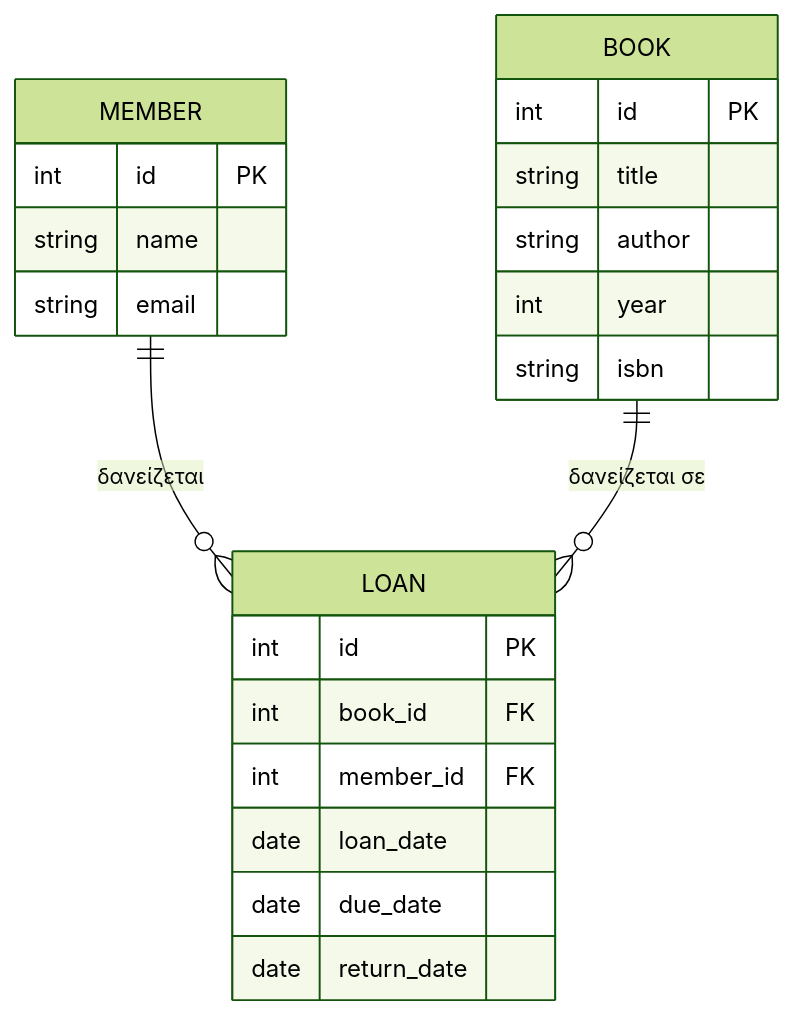
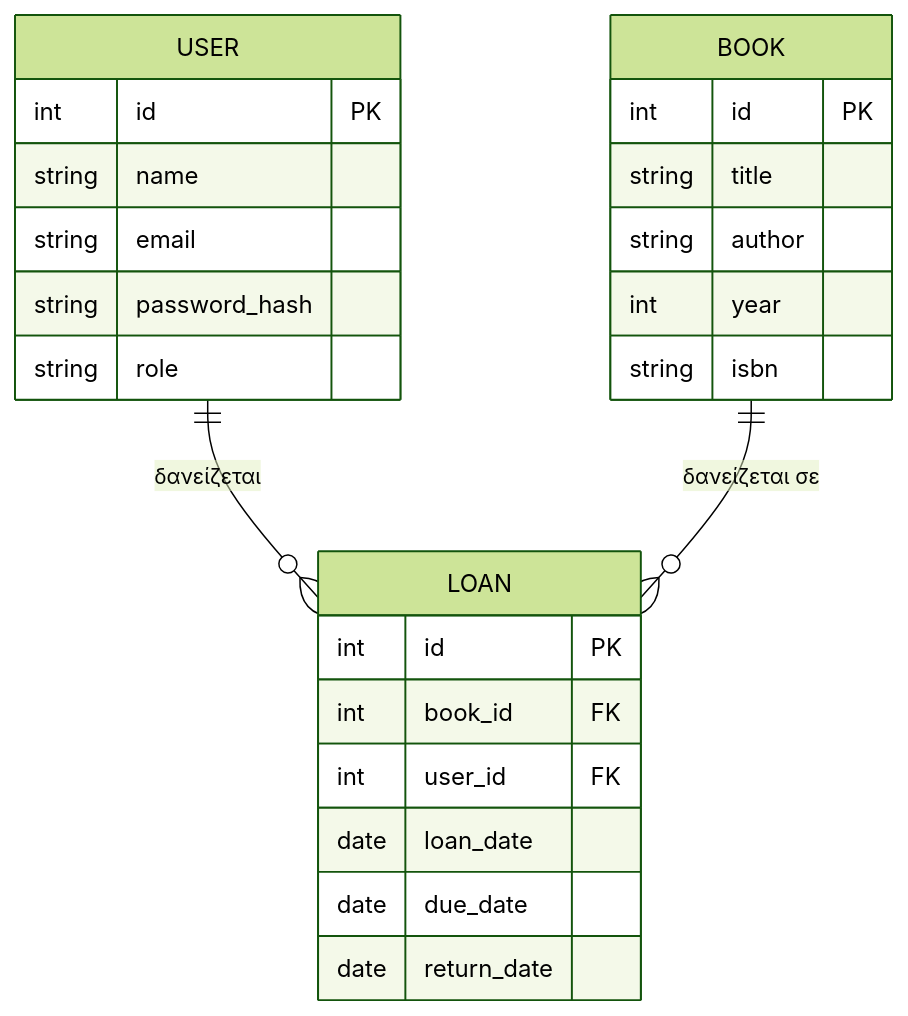
Before and after one commit to cstergio/library-app: the first of 2 diagrams in DESIGN.md, drawn with Mermaid (forest theme). The commit also changed other lines of this file and 20 other files, not shown here.

````diff
--- a/DESIGN.md
+++ b/DESIGN.md
@@ -35,25 +42,27 @@
 ```mermaid
 erDiagram
-    MEMBER ||--o{ LOAN : "δανείζεται"
+    USER ||--o{ LOAN : "δανείζεται"
     BOOK ||--o{ LOAN : "δανείζεται σε"
     BOOK {
         int id PK
         string title
         string author
         int year
         string isbn
     }
-    MEMBER {
+    USER {
         int id PK
         string name
         string email
+        string password_hash
+        string role
     }
     LOAN {
         int id PK
         int book_id FK
-        int member_id FK
+        int user_id FK
         date loan_date
         date due_date
         date return_date
     }
 ```
````
